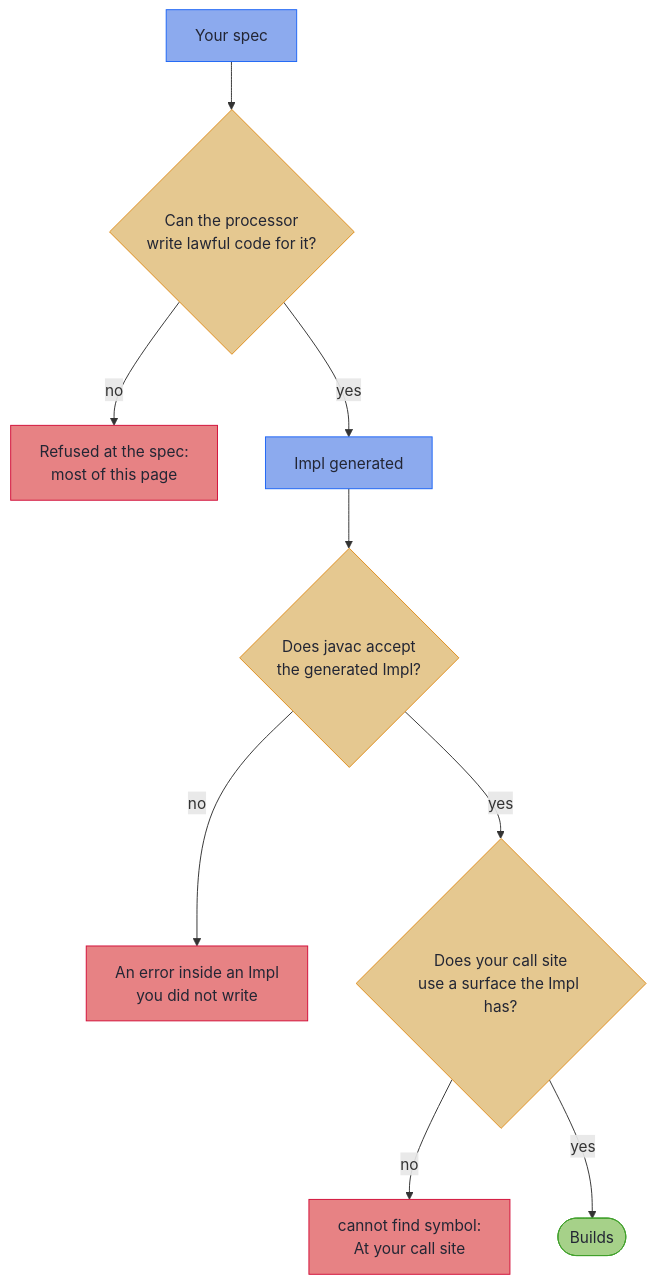
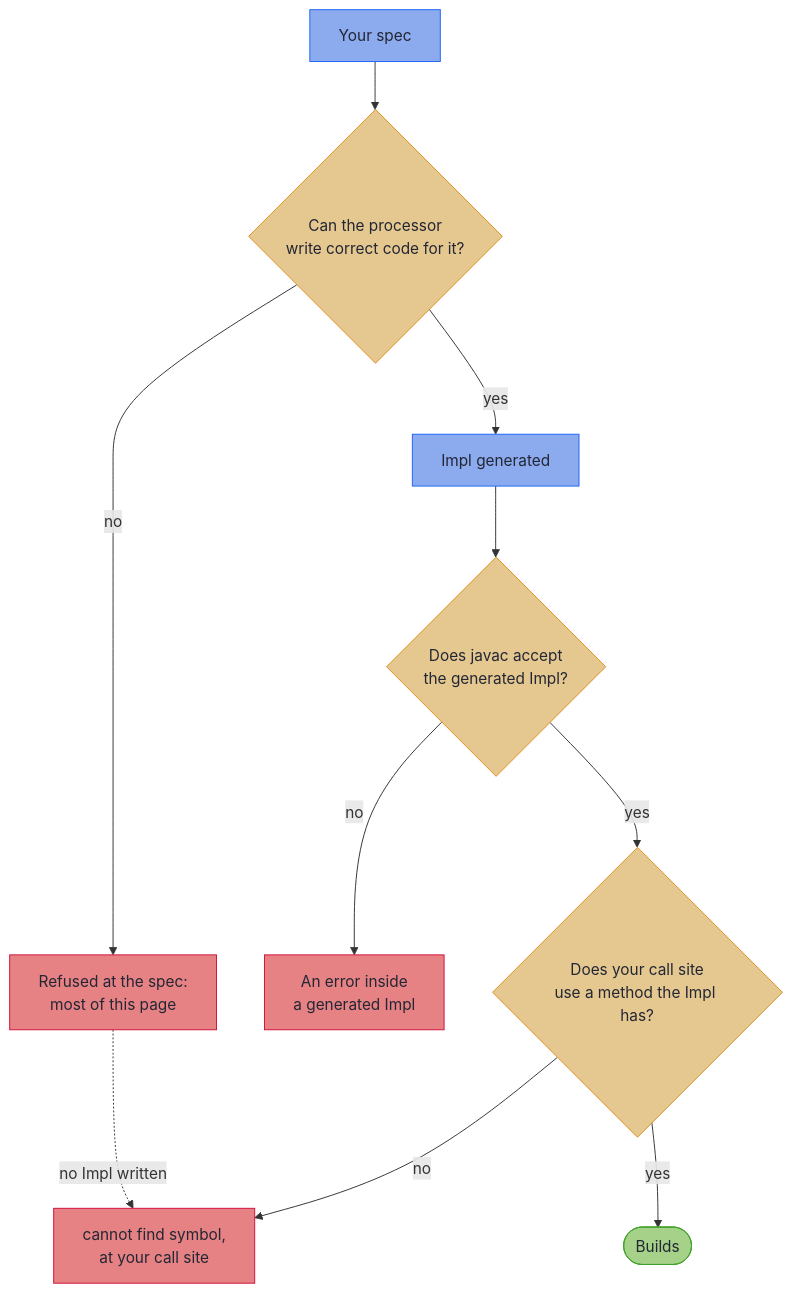
Before and after one commit to higher-kinded-j/higher-kinded-j: the diagram in hkj-book/src/mapping/compiler_errors.md, drawn with Mermaid. The commit also changed other lines of this file and 8 other files, not shown here.

First line of the commit message:
Review fixes: the catalogue says what it covers, and each fix is one the processor accepts

````diff
--- a/hkj-book/src/mapping/compiler_errors.md
+++ b/hkj-book/src/mapping/compiler_errors.md
@@ -116,20 +144,23 @@
 ```mermaid
 flowchart TD
-    S["Your spec"] --> P{"Can the processor<br/>write lawful code for it?"}
+    accTitle: Which stage produced the message
+    accDescr: The processor refuses most specs at the declaration. A spec it accepts is written as an Impl, which javac then compiles, and your own code calls it. A refused spec writes no Impl, so a call to it also fails.
+    S["Your spec"] --> P{"Can the processor<br/>write correct code for it?"}
     P -->|no| R["Refused at the spec:<br/>most of this page"]
     P -->|yes| G["Impl generated"]
     G --> J{"Does javac accept<br/>the generated Impl?"}
-    J -->|no| X["An error inside an Impl<br/>you did not write"]
-    J -->|yes| C{"Does your call site<br/>use a surface the Impl has?"}
-    C -->|no| CS["cannot find symbol:<br/>At your call site"]
+    J -->|no| X["An error inside<br/>a generated Impl"]
+    J -->|yes| C{"Does your call site<br/>use a method the Impl has?"}
+    C -->|no| CS["cannot find symbol,<br/>at your call site"]
     C -->|yes| OK(["Builds"])
+    R -.->|"no Impl written"| CS
 
     classDef step fill:#8caaee,stroke:#1e66f5,color:#232634
     classDef decision fill:#e5c890,stroke:#df8e1d,color:#232634
     classDef error fill:#e78284,stroke:#d20f39,color:#232634
     classDef ok fill:#a6d189,stroke:#40a02b,color:#232634
     class S,G step
     class P,J,C decision
     class R,X,CS error
     class OK ok
 ```
````
